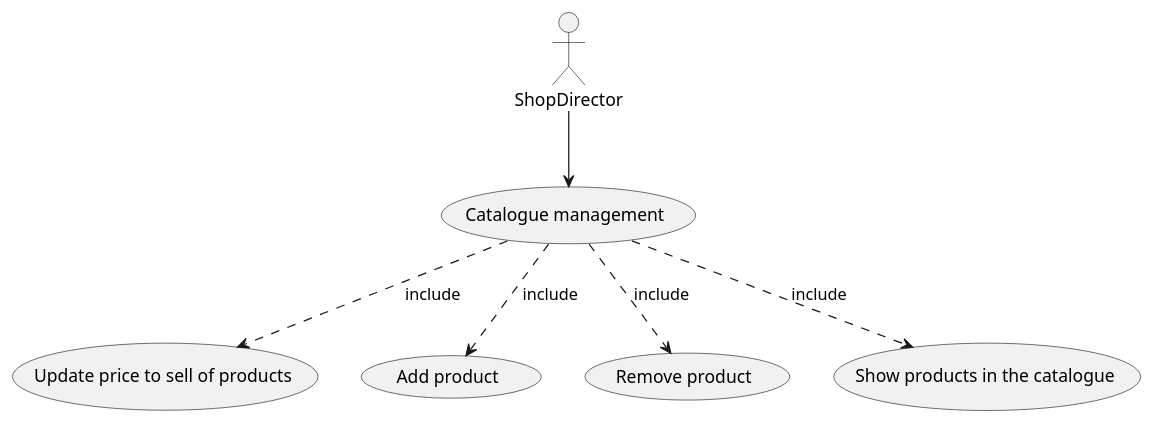
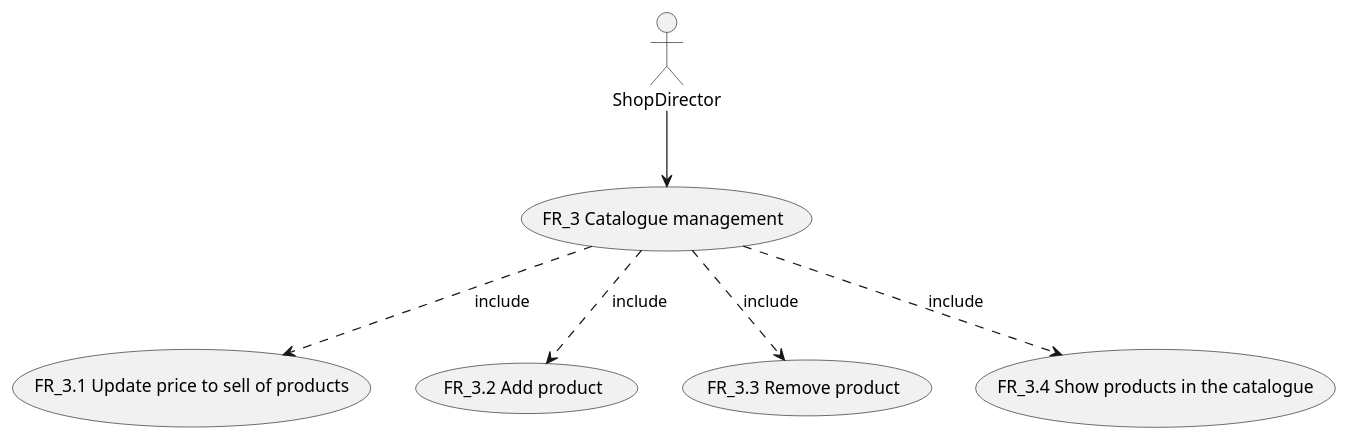
One commit to Stormz4/group20-EzShop changed the fifth of 11 diagrams in Deliverables/RequirementsDocument.md. Above: the diagram before and after it, drawn with PlantUML. The commit also changed other lines of this file and 1 other file, not shown here.

Commit message:
Doc: Modified use case diagrams and matched the FRs with the use cases

````diff
--- a/Deliverables/RequirementsDocument.md
+++ b/Deliverables/RequirementsDocument.md
@@ -295,11 +295,11 @@
 ```plantuml
 @startuml
 
-:ShopDirector: --> (Catalogue management)
-(Catalogue management) ..> (Update price to sell of products) : include
-(Catalogue management) ..> (Add product) : include
-(Catalogue management) ..> (Remove product) : include
-(Catalogue management) ..> (Show products in the catalogue) : include
+:ShopDirector: --> (FR_3 Catalogue management)
+(FR_3 Catalogue management) ..> (FR_3.1 Update price to sell of products) : include
+(FR_3 Catalogue management) ..> (FR_3.2 Add product) : include
+(FR_3 Catalogue management) ..> (FR_3.3 Remove product) : include
+(FR_3 Catalogue management) ..> (FR_3.4 Show products in the catalogue) : include
 
 @enduml
 ```
````
